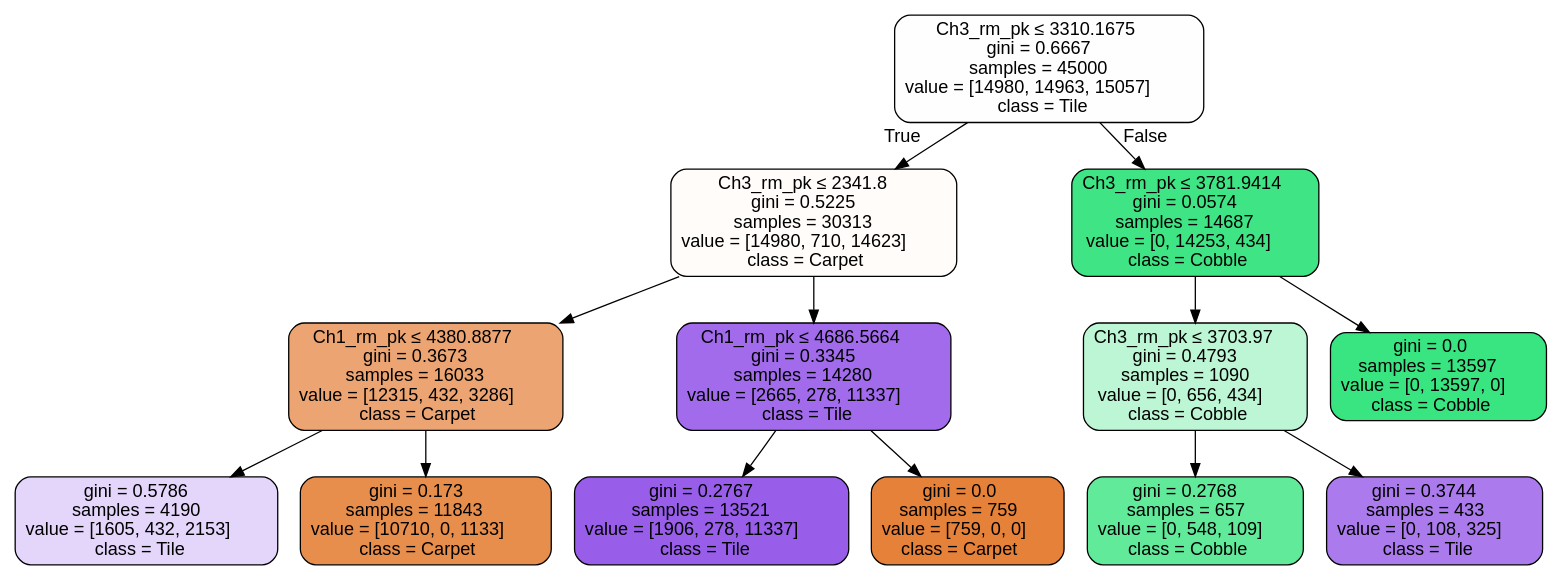
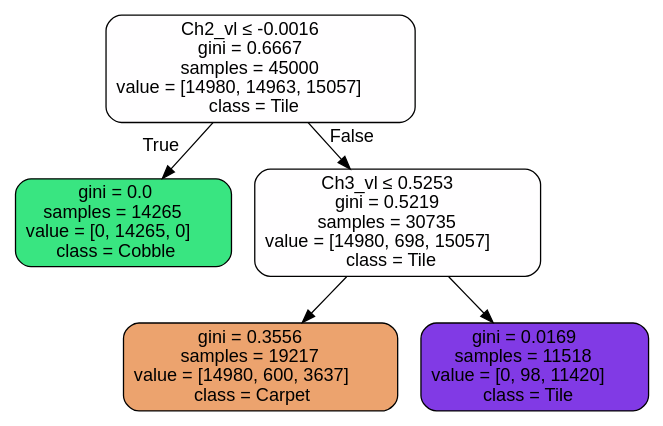
One commit to MoreCoffee12/AccelPlot changed the diagram in PythonScripts/None.dot. Above: the diagram before and after it, drawn with Graphviz. The commit also changed 6 other files, not shown here.

```diff
--- a/PythonScripts/None.dot
+++ b/PythonScripts/None.dot
@@ -1,29 +1,13 @@
 digraph Tree {
 node [shape=box, style="filled, rounded", color="black", fontname=helvetica] ;
 edge [fontname=helvetica] ;
-0 [label=<Ch3_rm_pk &le; 3310.1675<br/>gini = 0.6667<br/>samples = 45000<br/>value = [14980, 14963, 15057]<br/>class = Tile>, fillcolor="#8139e501"] ;
-1 [label=<Ch3_rm_pk &le; 2341.8<br/>gini = 0.5225<br/>samples = 30313<br/>value = [14980, 710, 14623]<br/>class = Carpet>, fillcolor="#e5813906"] ;
+0 [label=<Ch2_vl &le; -0.0016<br/>gini = 0.6667<br/>samples = 45000<br/>value = [14980, 14963, 15057]<br/>class = Tile>, fillcolor="#8139e501"] ;
+1 [label=<gini = 0.0<br/>samples = 14265<br/>value = [0, 14265, 0]<br/>class = Cobble>, fillcolor="#39e581ff"] ;
 0 -> 1 [labeldistance=2.5, labelangle=45, headlabel="True"] ;
-2 [label=<Ch1_rm_pk &le; 4380.8877<br/>gini = 0.3673<br/>samples = 16033<br/>value = [12315, 432, 3286]<br/>class = Carpet>, fillcolor="#e58139b5"] ;
-1 -> 2 ;
-3 [label=<gini = 0.5786<br/>samples = 4190<br/>value = [1605, 432, 2153]<br/>class = Tile>, fillcolor="#8139e536"] ;
+2 [label=<Ch3_vl &le; 0.5253<br/>gini = 0.5219<br/>samples = 30735<br/>value = [14980, 698, 15057]<br/>class = Tile>, fillcolor="#8139e501"] ;
+0 -> 2 [labeldistance=2.5, labelangle=-45, headlabel="False"] ;
+3 [label=<gini = 0.3556<br/>samples = 19217<br/>value = [14980, 600, 3637]<br/>class = Carpet>, fillcolor="#e58139ba"] ;
 2 -> 3 ;
-4 [label=<gini = 0.173<br/>samples = 11843<br/>value = [10710, 0, 1133]<br/>class = Carpet>, fillcolor="#e58139e4"] ;
+4 [label=<gini = 0.0169<br/>samples = 11518<br/>value = [0, 98, 11420]<br/>class = Tile>, fillcolor="#8139e5fd"] ;
 2 -> 4 ;
-5 [label=<Ch1_rm_pk &le; 4686.5664<br/>gini = 0.3345<br/>samples = 14280<br/>value = [2665, 278, 11337]<br/>class = Tile>, fillcolor="#8139e5be"] ;
-1 -> 5 ;
-6 [label=<gini = 0.2767<br/>samples = 13521<br/>value = [1906, 278, 11337]<br/>class = Tile>, fillcolor="#8139e5cf"] ;
-5 -> 6 ;
-7 [label=<gini = 0.0<br/>samples = 759<br/>value = [759, 0, 0]<br/>class = Carpet>, fillcolor="#e58139ff"] ;
-5 -> 7 ;
-8 [label=<Ch3_rm_pk &le; 3781.9414<br/>gini = 0.0574<br/>samples = 14687<br/>value = [0, 14253, 434]<br/>class = Cobble>, fillcolor="#39e581f7"] ;
-0 -> 8 [labeldistance=2.5, labelangle=-45, headlabel="False"] ;
-9 [label=<Ch3_rm_pk &le; 3703.97<br/>gini = 0.4793<br/>samples = 1090<br/>value = [0, 656, 434]<br/>class = Cobble>, fillcolor="#39e58156"] ;
-8 -> 9 ;
-10 [label=<gini = 0.2768<br/>samples = 657<br/>value = [0, 548, 109]<br/>class = Cobble>, fillcolor="#39e581cc"] ;
-9 -> 10 ;
-11 [label=<gini = 0.3744<br/>samples = 433<br/>value = [0, 108, 325]<br/>class = Tile>, fillcolor="#8139e5aa"] ;
-9 -> 11 ;
-12 [label=<gini = 0.0<br/>samples = 13597<br/>value = [0, 13597, 0]<br/>class = Cobble>, fillcolor="#39e581ff"] ;
-8 -> 12 ;
 }
```
